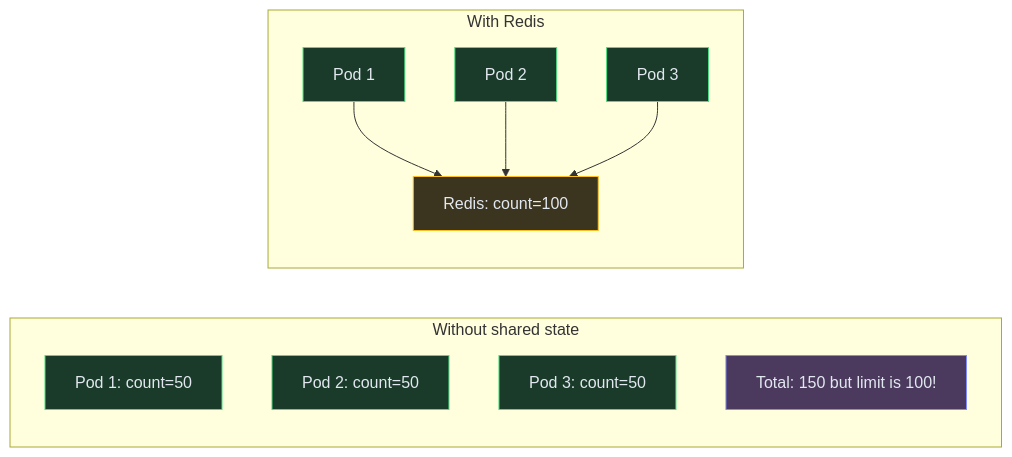
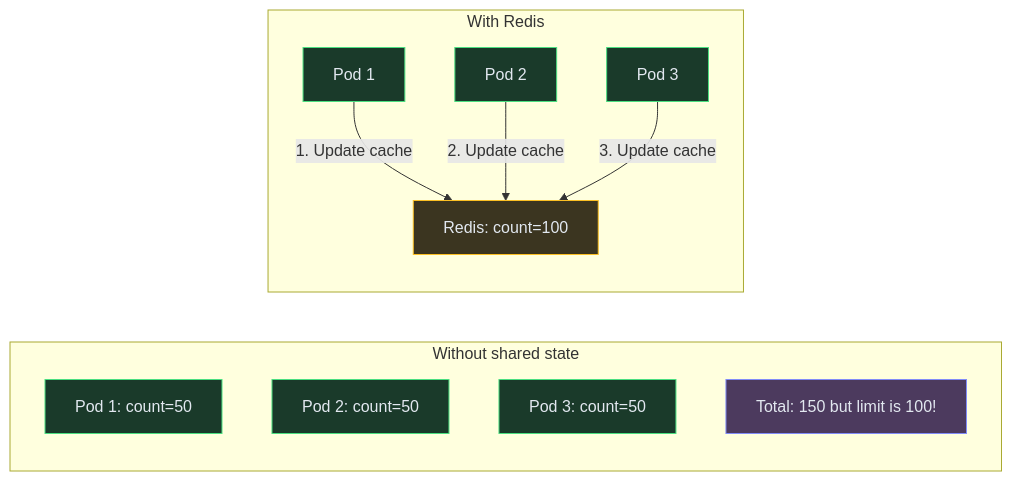
Diagram 13 of 15 in content/hld/RateLimiter.md (iluzn/HLD-Designs), drawn with Mermaid before and after one commit. The commit also changed other lines of this file and 27 other files, not shown here.

````diff
--- a/content/hld/RateLimiter.md
+++ b/content/hld/RateLimiter.md
@@ -626,23 +626,23 @@
 ```mermaid
 flowchart LR
     subgraph Problem["Without shared state"]
         P1["Pod 1: count=50"]:::service
         P2["Pod 2: count=50"]:::service
         P3["Pod 3: count=50"]:::service
         TOTAL["Total: 150 but limit is 100!"]:::client
     end
 
     subgraph Solution["With Redis"]
         R1["Pod 1"]:::service
         R2["Pod 2"]:::service
         R3["Pod 3"]:::service
         REDIS["Redis: count=100"]:::data
-        R1 --> REDIS
-        R2 --> REDIS
-        R3 --> REDIS
+        R1 -->|"1. Update cache"| REDIS
+        R2 -->|"2. Update cache"| REDIS
+        R3 -->|"3. Update cache"| REDIS
     end
 
     classDef client fill:#4c3a5e,stroke:#818cf8,color:#e2e8f0
     classDef service fill:#1a3a2a,stroke:#4ade80,color:#e2e8f0
     classDef data fill:#3b3520,stroke:#fbbf24,color:#e2e8f0
 ```
````
